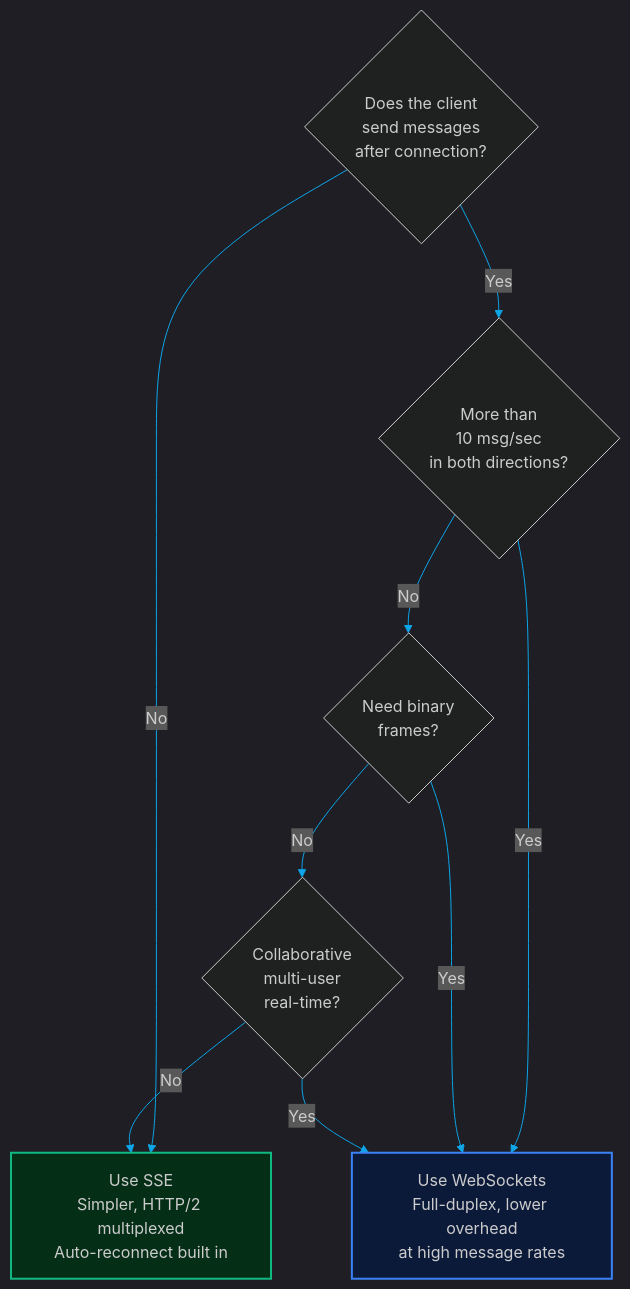
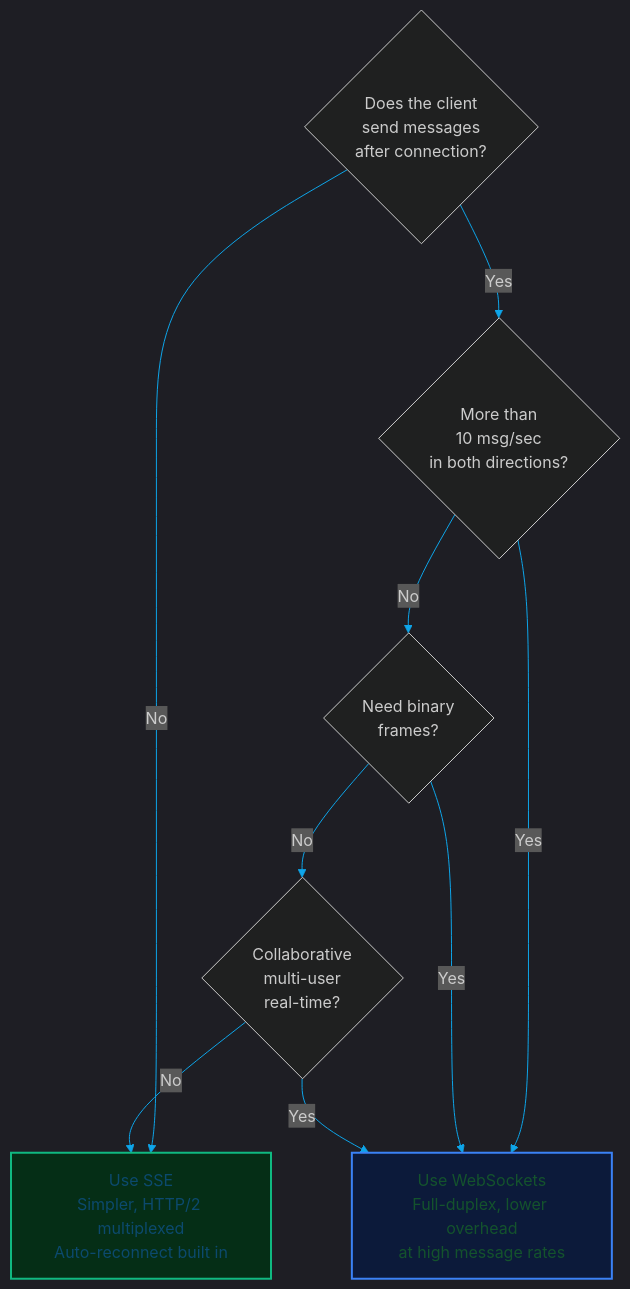
The diagram in blog/posts/websockets-production-sse-vs-ws.md (akmalkhaniub/akmalkhaniub.github.io), drawn with Mermaid before and after one commit. The commit also changed other lines of this file and 1291 other files, not shown here.

First line of the commit message:
feat(catalog): unique covers, scholarly references, and diagram palettes

````diff
--- a/blog/posts/websockets-production-sse-vs-ws.md
+++ b/blog/posts/websockets-production-sse-vs-ws.md
@@ -11,15 +11,23 @@
 ```mermaid
 %%{init: {'theme': 'dark', 'themeVariables': { 'primaryColor': '#0ea5e9', 'primaryTextColor': '#f3f4f6', 'primaryBorderColor': '#38bdf8', 'lineColor': '#0ea5e9', 'secondaryColor': '#111827', 'tertiaryColor': '#0f172a'}}}%%
 flowchart TD
-    Q1{Does the client<br/>send messages<br/>after connection?} -->|No| SSE[ Use SSE<br/>Simpler, HTTP/2 multiplexed<br/>Auto-reconnect built in]
+    Q1{Does the client<br/>send messages<br/>after connection?} -->|No| SSE[" Use SSE<br/>Simpler, HTTP/2 multiplexed<br/>Auto-reconnect built in"]
     Q1 -->|Yes| Q2{More than<br/>10 msg/sec<br/>in both directions?}
     Q2 -->|No| Q3{Need binary<br/>frames?}
-    Q2 -->|Yes| WS[ Use WebSockets<br/>Full-duplex, lower overhead<br/>at high message rates]
+    Q2 -->|Yes| WS[" Use WebSockets<br/>Full-duplex, lower overhead<br/>at high message rates"]
     Q3 -->|Yes| WS
     Q3 -->|No| Q4{Collaborative<br/>multi-user<br/>real-time?}
     Q4 -->|Yes| WS
     Q4 -->|No| SSE
 
     style SSE fill:#052e16,stroke:#10b981,stroke-width:2px
     style WS fill:#0c1a3a,stroke:#3b82f6,stroke-width:2px
+
+classDef green fill:#dcfce7,stroke:#16a34a,stroke-width:2px,color:#14532d;
+classDef red fill:#fee2e2,stroke:#dc2626,stroke-width:2px,color:#7f1d1d;
+classDef blue fill:#e0f2fe,stroke:#0284c7,stroke-width:2px,color:#0c4a6e;
+classDef yellow fill:#fef3c7,stroke:#d97706,stroke-width:2px,color:#78350f;
+classDef purple fill:#ede9fe,stroke:#7c3aed,stroke-width:2px,color:#4c1d95;
+class SSE blue
+class WS green
 ```
````
